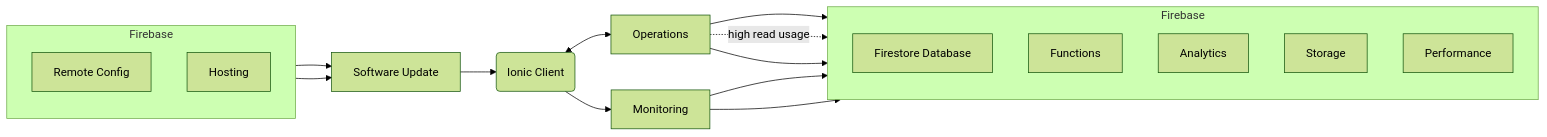
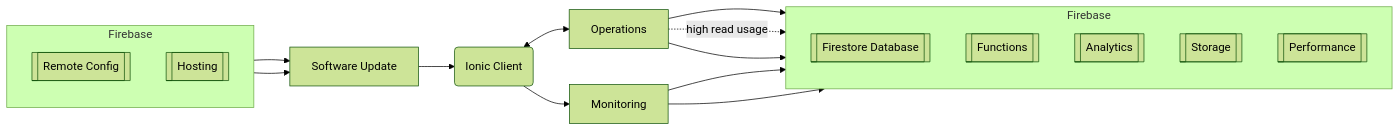
Before and after one commit to SiegeSailor/Website: the diagram in client/public/article/2025-11-13.md, drawn with Mermaid (forest theme). The commit also changed 1 other file, not shown here.

Commit message:
fix: Update Mermaid styles and enhance article flowchart formatting

````diff
--- a/client/public/article/2025-11-13.md
+++ b/client/public/article/2025-11-13.md
@@ -22,30 +22,30 @@
 ```mermaid
 flowchart LR
   subgraph F1[Firebase]
     direction TB
-    RC[Remote Config]
-    H[Hosting]
+    RC[[Remote Config]]
+    H[[Hosting]]
   end
 
   subgraph F2[Firebase]
     direction TB
-    FD[Firestore Database]
-    F[Functions]
-    A[Analytics]
-    S[Storage]
-    P[Performance]
+    FD[[Firestore Database]]
+    F[[Functions]]
+    A[[Analytics]]
+    S[[Storage]]
+    P[[Performance]]
   end
 
   SU[Software Update] --> IC(Ionic Client)
   RC --> SU
   H --> SU
 
   IC <--> O[Operations]
   O --> F
   O -.-> |high read usage| FD
   O --> S
 
   IC --> M[Monitoring]
   M --> A
   M --> P
 ```
````
